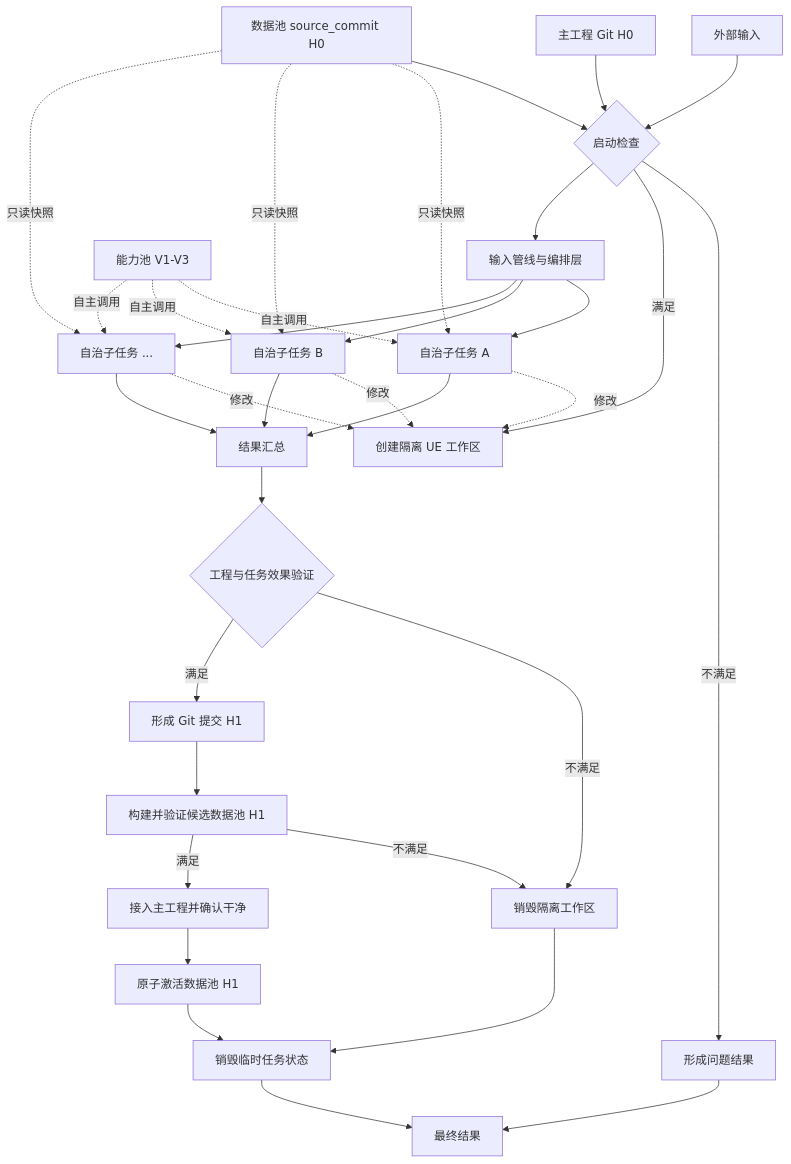
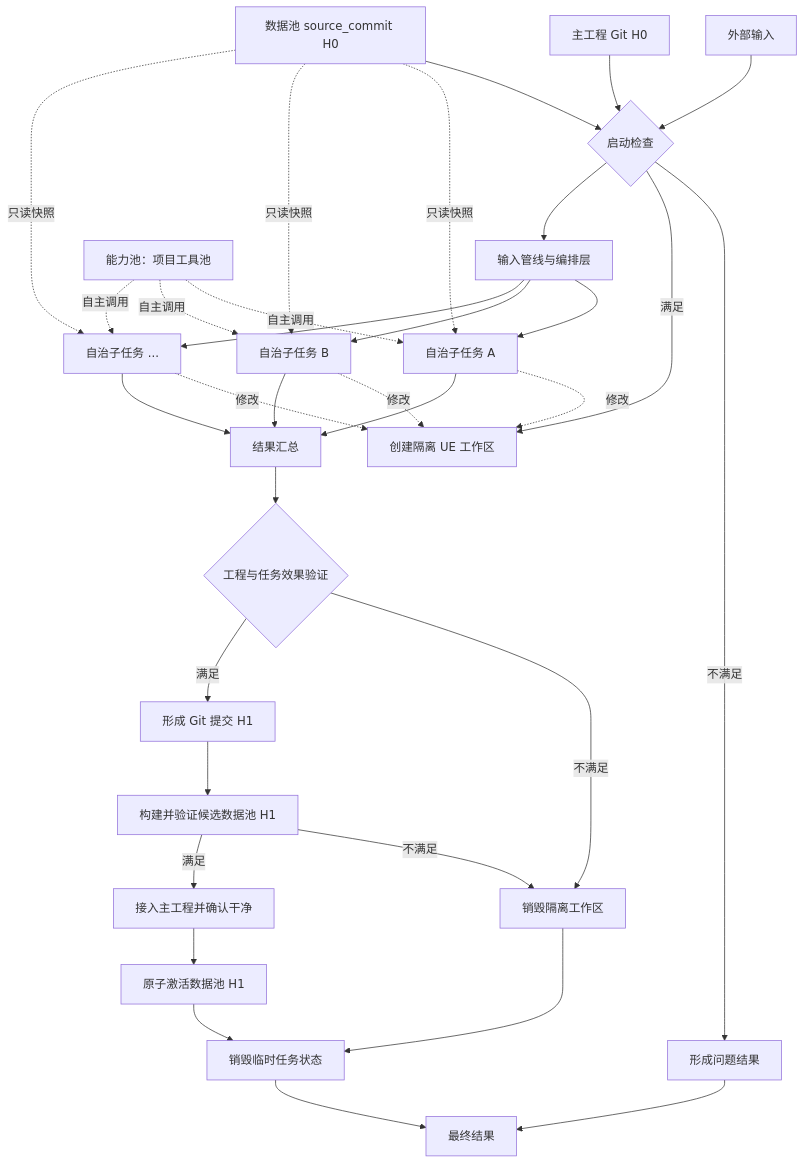
One commit to qloveyzdd/UE_ITPS changed the second of 2 diagrams in .planning/seeds/SEED-001-final-product-architecture.md. Above: the diagram before and after it, drawn with Mermaid. The commit also changed other lines of this file and 76 other files, not shown here.

````diff
--- a/.planning/seeds/SEED-001-final-product-architecture.md
+++ b/.planning/seeds/SEED-001-final-product-architecture.md
@@ -246,44 +246,44 @@
 ```mermaid
 flowchart TB
     I[外部输入] --> P{启动检查}
     U0[主工程 Git H0] --> P
     D0[数据池 source_commit H0] --> P
 
     P -->|不满足| R0[形成问题结果]
     P -->|满足| W[创建隔离 UE 工作区]
     P --> O[输入管线与编排层]
 
     O --> T1[自治子任务 A]
     O --> T2[自治子任务 B]
     O --> TN[自治子任务 ...]
 
     D0 -.只读快照.-> T1
     D0 -.只读快照.-> T2
     D0 -.只读快照.-> TN
 
-    C[能力池 V1-V3] -.自主调用.-> T1
+    C[能力池：项目工具池] -.自主调用.-> T1
     C -.自主调用.-> T2
     C -.自主调用.-> TN
 
     T1 -.修改.-> W
     T2 -.修改.-> W
     TN -.修改.-> W
 
     T1 --> A[结果汇总]
     T2 --> A
     TN --> A
 
     A --> V{工程与任务效果验证}
     V -->|不满足| X[销毁隔离工作区]
     V -->|满足| H1[形成 Git 提交 H1]
 
     H1 --> DG[构建并验证候选数据池 H1]
     DG -->|不满足| X
     DG -->|满足| M[接入主工程并确认干净]
     M --> S[原子激活数据池 H1]
 
     X --> CLEAN[销毁临时任务状态]
     S --> CLEAN
     CLEAN --> R[最终结果]
     R0 --> R
 ```
````
